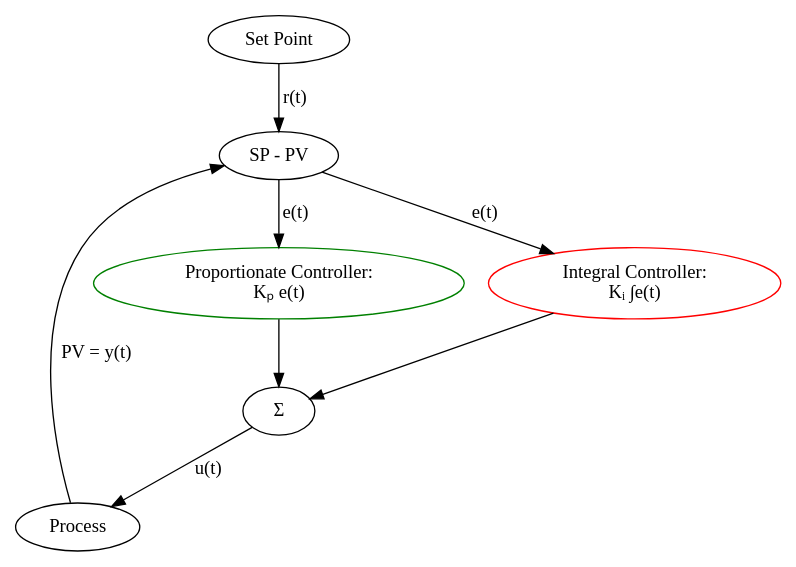
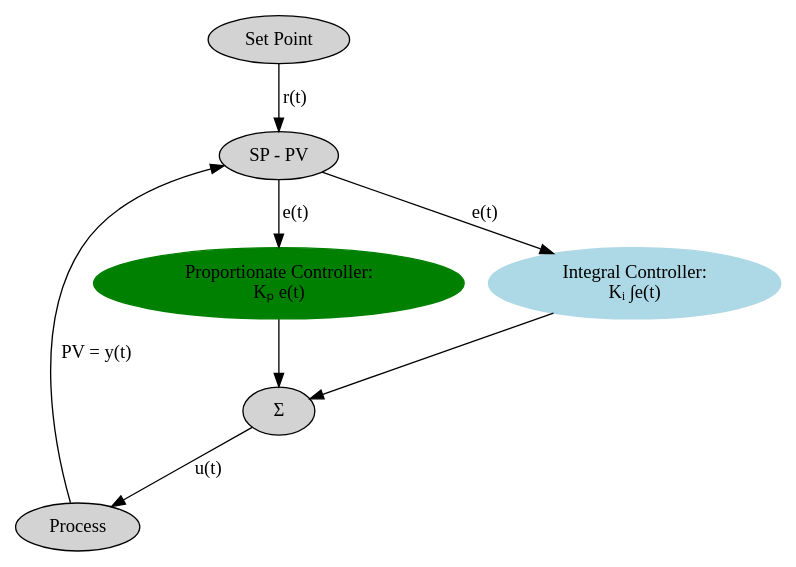
The diagram in pid-dotfiles/pi-controller.dot (brain-fuel-co/feedback), drawn with Graphviz before and after one commit. The commit also changed 8 other files, not shown here.

```diff
--- a/pid-dotfiles/pi-controller.dot
+++ b/pid-dotfiles/pi-controller.dot
@@ -1,16 +1,17 @@
 digraph PI {
+    node [style=filled];
     SP [label="Set Point"];
     PR [label="Process"];
     S1 [label="SP - PV"];
     P  [color=green,label="Proportionate Controller:\nKₚ e(t)"];
-    I  [color=red,label="Integral Controller:\nKᵢ ∫e(t)"];
+    I  [color=lightblue,label="Integral Controller:\nKᵢ ∫e(t)"];
     S2 [label="Σ"];
 
     SP -> S1 [label="r(t)"];
     PR -> S1 [label="PV = y(t)"];
     S1 -> P  [label="e(t)"];
     S1 -> I  [label="e(t)"];
     P  -> S2;
     I  -> S2;
     S2 -> PR [label="u(t)"];
 }
```
